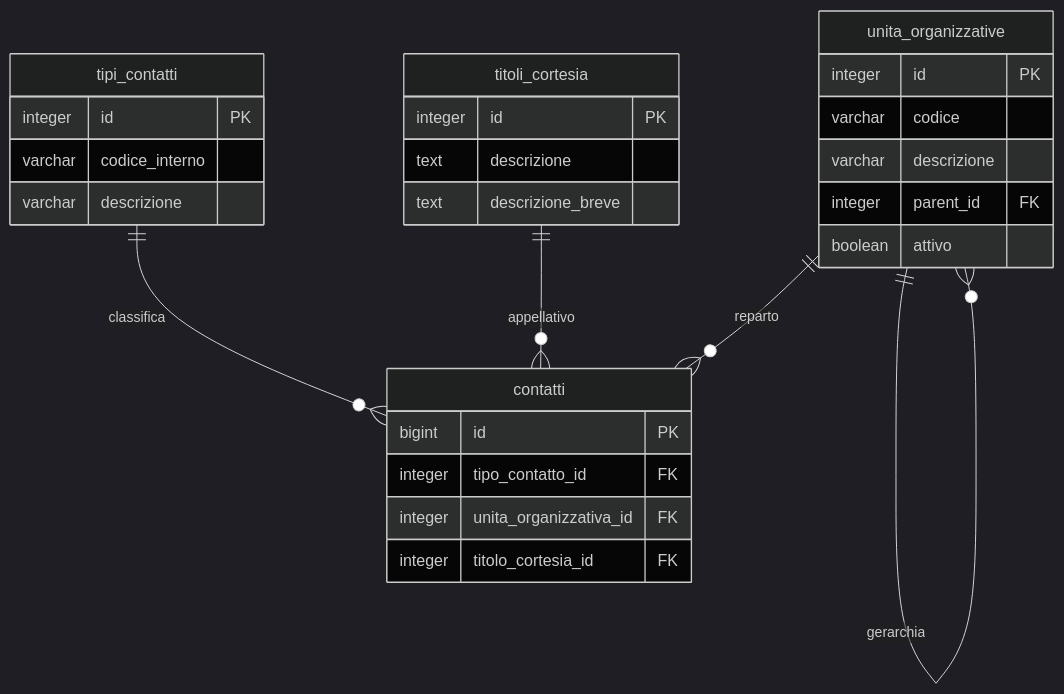
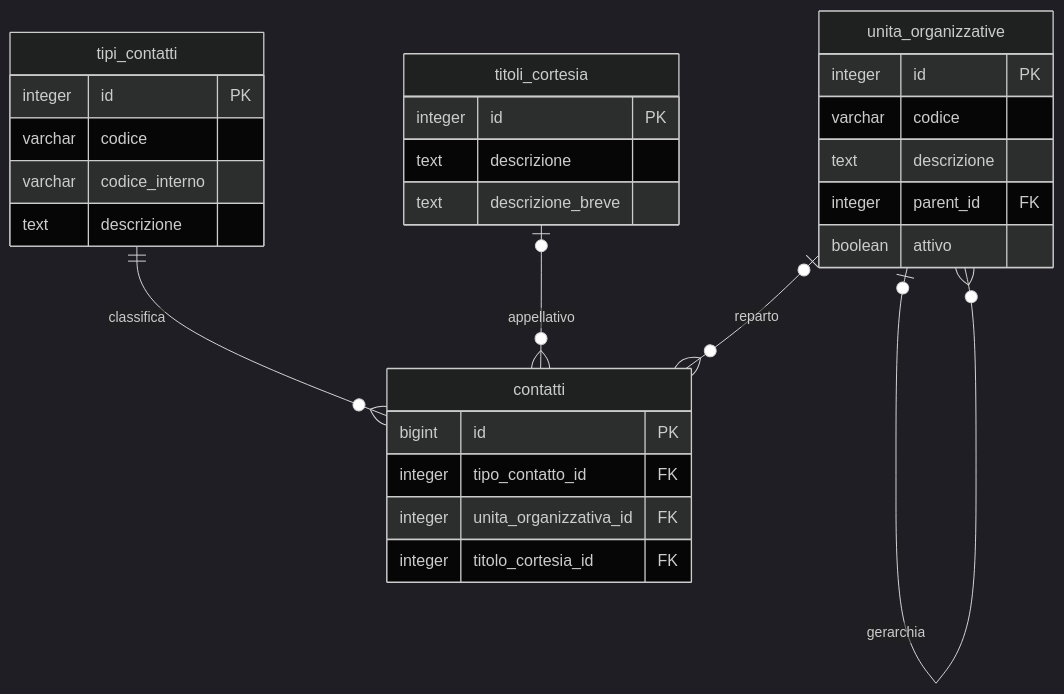
The second of 2 diagrams in docs/it/guide/gestione-dei-contatti.md (Tito-it/ZeroErp), drawn with Mermaid (dark theme) before and after one commit. The commit also changed other lines of this file and 109 other files, not shown here.

````diff
--- a/docs/it/guide/gestione-dei-contatti.md
+++ b/docs/it/guide/gestione-dei-contatti.md
@@ -340,34 +261,35 @@
 ```mermaid
 erDiagram
     contatti {
         bigint id PK
         integer tipo_contatto_id FK
         integer unita_organizzativa_id FK
         integer titolo_cortesia_id FK
     }
 
     tipi_contatti {
         integer id PK
+        varchar codice
         varchar codice_interno
-        varchar descrizione
+        text descrizione
     }
 
     unita_organizzative {
         integer id PK
         varchar codice
-        varchar descrizione
+        text descrizione
         integer parent_id FK
         boolean attivo
     }
 
     titoli_cortesia {
         integer id PK
         text descrizione
         text descrizione_breve
     }
 
     tipi_contatti ||--o{ contatti : "classifica"
-    unita_organizzative ||--o{ contatti : "reparto"
-    titoli_cortesia ||--o{ contatti : "appellativo"
-    unita_organizzative ||--o{ unita_organizzative : "gerarchia"
+    unita_organizzative |o--o{ contatti : "reparto"
+    titoli_cortesia |o--o{ contatti : "appellativo"
+    unita_organizzative |o--o{ unita_organizzative : "gerarchia"
 ```
````
